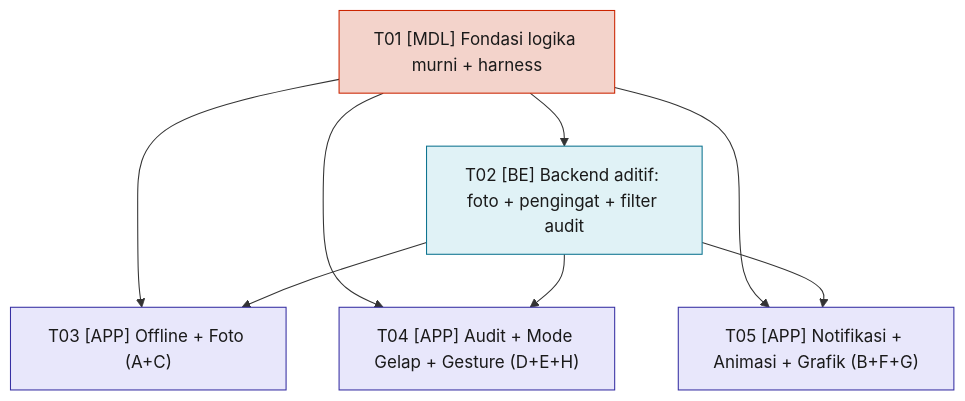
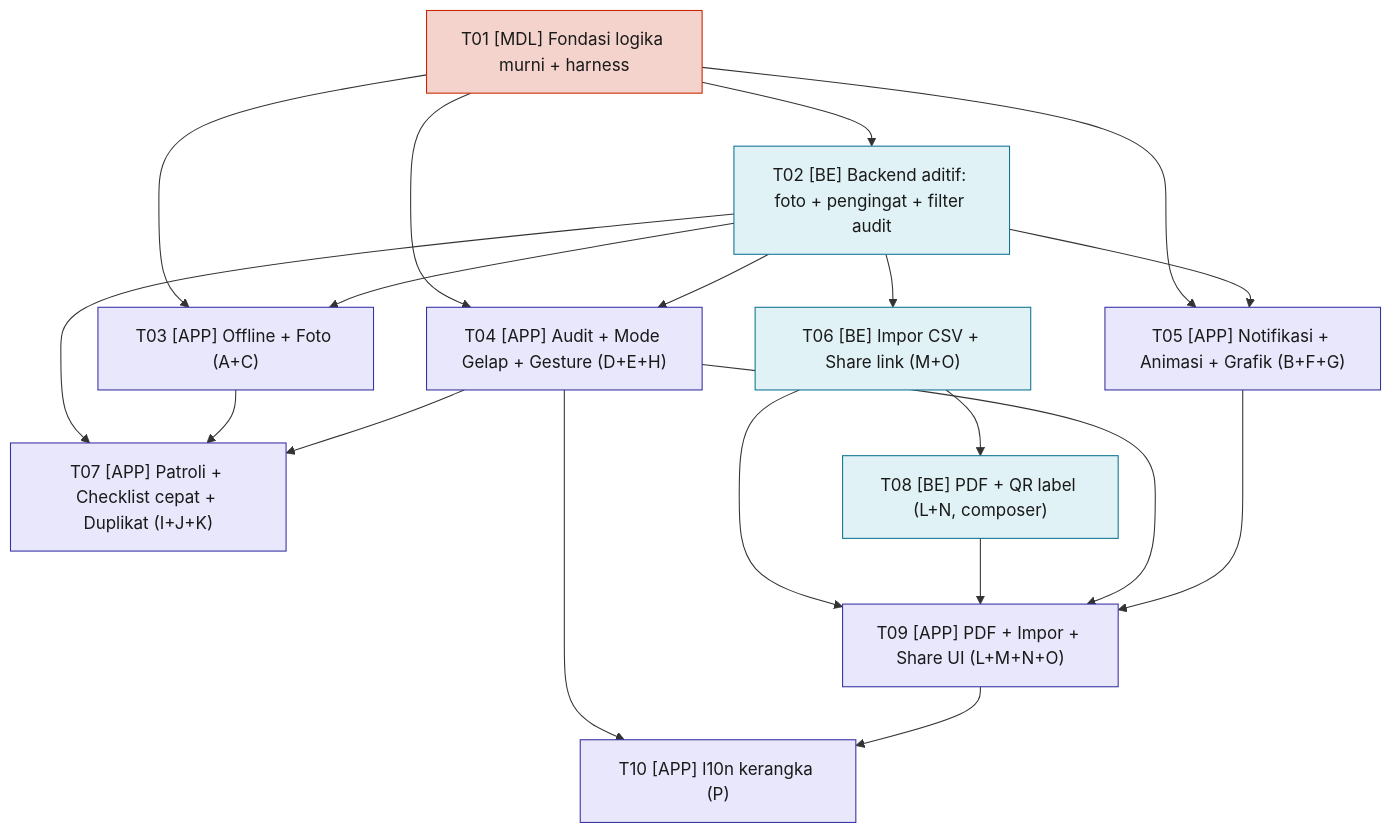
The sixth of 6 diagrams in docs/DESIGN-FEATURES-V3.md (dhimasbebe/Mei-V2), drawn with Mermaid before and after one commit. The commit also changed other lines of this file and 2 other files, not shown here.

Commit message:
docs: desain WS I-P (patroli, quick fill, duplikat, PDF/QR, impor, share, l10n) + T06-T10

````diff
--- a/docs/DESIGN-FEATURES-V3.md
+++ b/docs/DESIGN-FEATURES-V3.md
@@ -860,21 +871,37 @@
 ```mermaid
 graph TD
     T01["T01 [MDL] Fondasi logika murni + harness"]
     T02["T02 [BE] Backend aditif: foto + pengingat + filter audit"]
     T03["T03 [APP] Offline + Foto (A+C)"]
     T04["T04 [APP] Audit + Mode Gelap + Gesture (D+E+H)"]
     T05["T05 [APP] Notifikasi + Animasi + Grafik (B+F+G)"]
+    T06["T06 [BE] Impor CSV + Share link (M+O)"]
+    T07["T07 [APP] Patroli + Checklist cepat + Duplikat (I+J+K)"]
+    T08["T08 [BE] PDF + QR label (L+N, composer)"]
+    T09["T09 [APP] PDF + Impor + Share UI (L+M+N+O)"]
+    T10["T10 [APP] l10n kerangka (P)"]
 
     T01 --> T02
     T01 --> T03
     T01 --> T04
     T01 --> T05
     T02 --> T03
     T02 --> T04
     T02 --> T05
+    T02 --> T06
+    T02 --> T07
+    T03 --> T07
+    T06 --> T08
+    T06 --> T09
+    T08 --> T09
+    T04 --> T07
+    T04 --> T09
+    T05 --> T09
+    T04 --> T10
+    T09 --> T10
 
     classDef base fill:#F3D3CB,stroke:#CB2400,color:#1A1A1A;
     classDef be fill:#E0F2F6,stroke:#0E7490,color:#1A1A1A;
     classDef app fill:#E8E7FB,stroke:#3730A3,color:#1A1A1A;
-    class T01 base; class T02 be; class T03,T04,T05 app;
+    class T01 base; class T02,T06,T08 be; class T03,T04,T05,T07,T09,T10 app;
 ```
````
